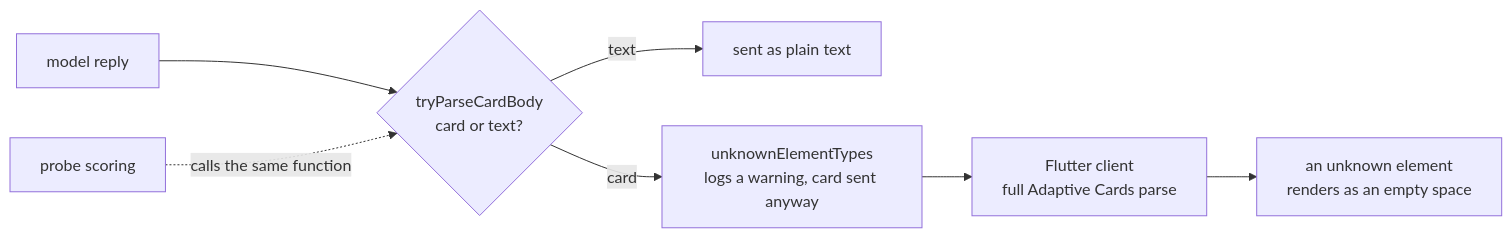
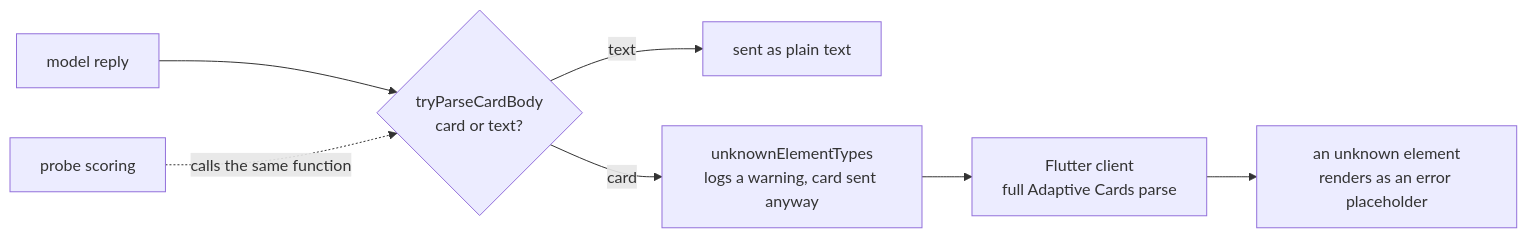
Before and after one commit to freemansoft/Flutter-AdaptiveCards: the third of 3 diagrams in adaptive_chat_server_dart/blog/article-5-measurement-hygiene-draft.md, drawn with Mermaid. The commit also changed other lines of this file and 8 other files, not shown here.

First line of the commit message:
docs(chat-server): clarify and reorder article 1, plain-word pass on article 2; unknown element types render as an error placeholder (#112)

````diff
--- a/adaptive_chat_server_dart/blog/article-5-measurement-hygiene-draft.md
+++ b/adaptive_chat_server_dart/blog/article-5-measurement-hygiene-draft.md
@@ -374,9 +374,9 @@
 ```mermaid
 flowchart LR
   R[model reply] --> D{tryParseCardBody<br/>card or text?}
   D -- text --> T[sent as plain text]
   D -- card --> U[unknownElementTypes<br/>logs a warning, card sent anyway]
   U --> C[Flutter client<br/>full Adaptive Cards parse]
-  C --> B[an unknown element<br/>renders as an empty space]
+  C --> B[an unknown element<br/>renders as an error placeholder]
   P[probe scoring] -. calls the same function .-> D
 ```
````
